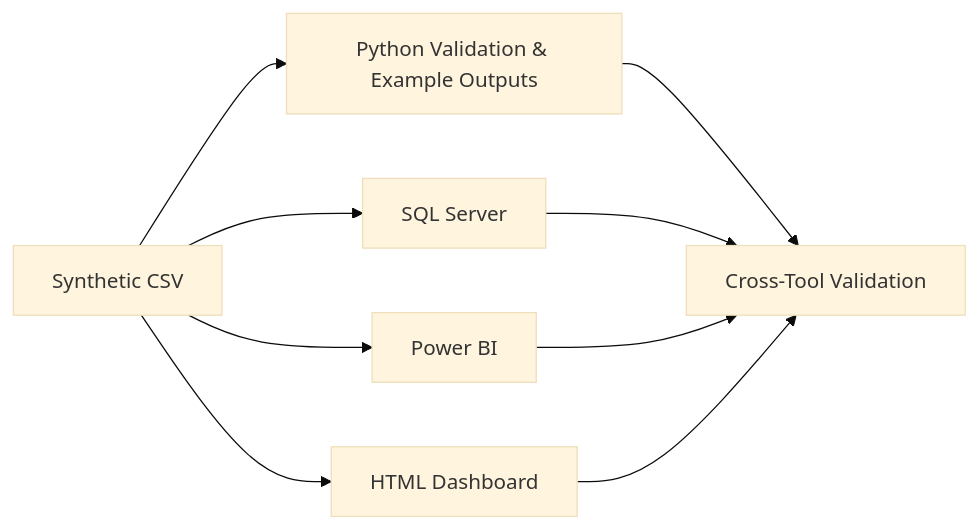
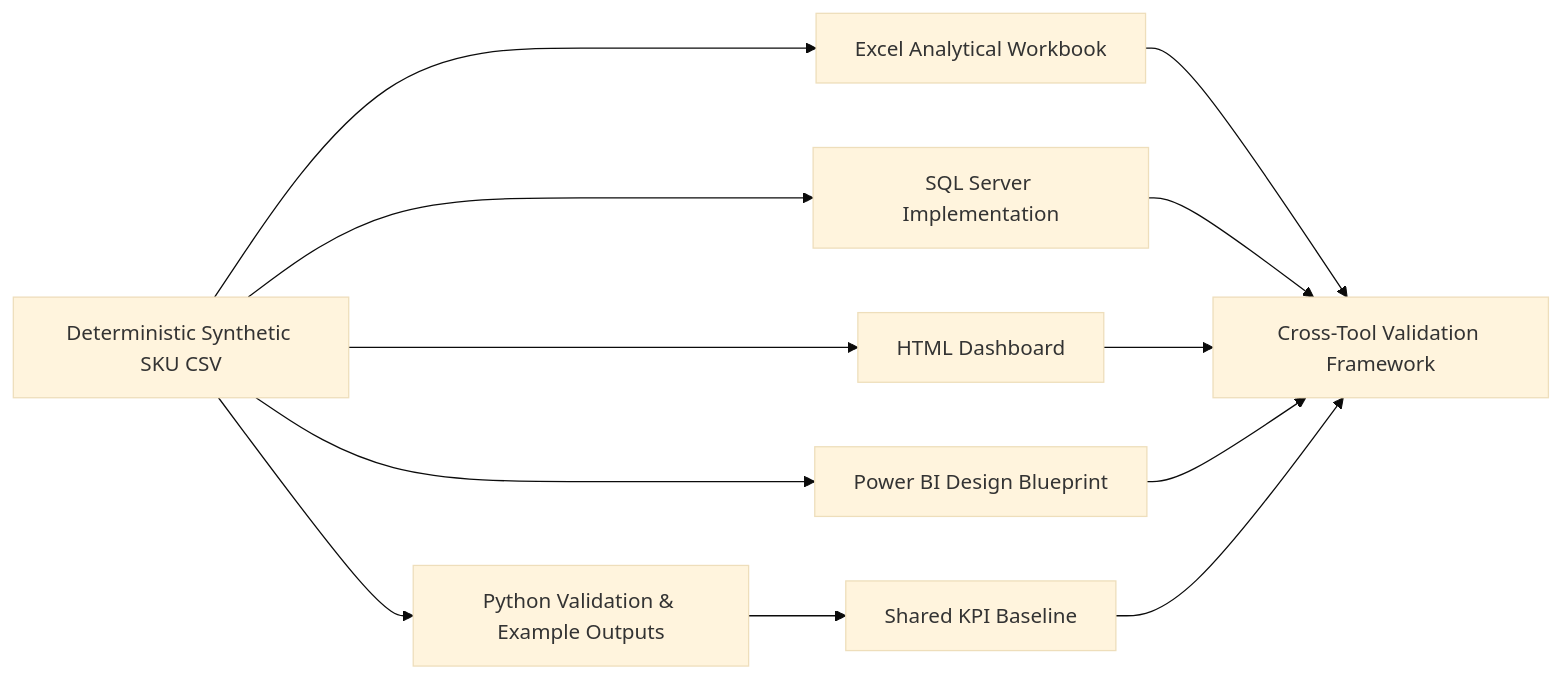
Before and after one commit to khaledzidan203-stack/pharmacy-product-analytics-portfolio: the diagram in docs/architecture.md, drawn with Mermaid (base theme). The commit also changed other lines of this file, not shown here.

Commit message:
docs: clarify architecture and implementation boundaries

````diff
--- a/docs/architecture.md
+++ b/docs/architecture.md
@@ -3,11 +3,14 @@
 ```mermaid
 flowchart LR
-    A[Synthetic CSV] --> B[Python Validation & Example Outputs]
-    A --> C[SQL Server]
-    A --> D[Power BI]
+    A[Deterministic Synthetic SKU CSV] --> B[Python Validation & Example Outputs]
+    A --> C[Excel Analytical Workbook]
+    A --> D[SQL Server Implementation]
     A --> E[HTML Dashboard]
-    B --> F[Cross-Tool Validation]
-    C --> F
-    D --> F
-    E --> F
+    A --> F[Power BI Design Blueprint]
+    B --> G[Shared KPI Baseline]
+    C --> H[Cross-Tool Validation Framework]
+    D --> H
+    E --> H
+    F --> H
+    G --> H
 ```
````
